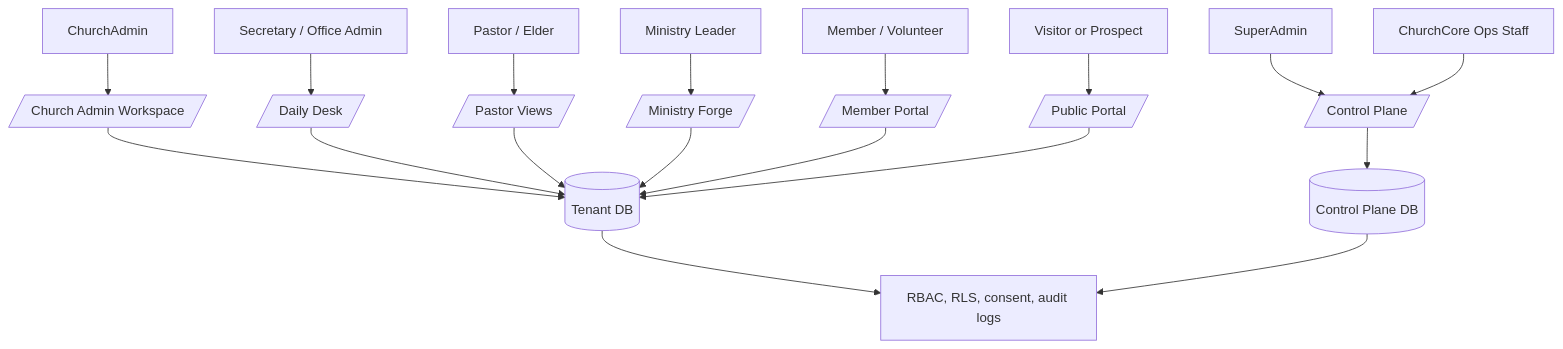
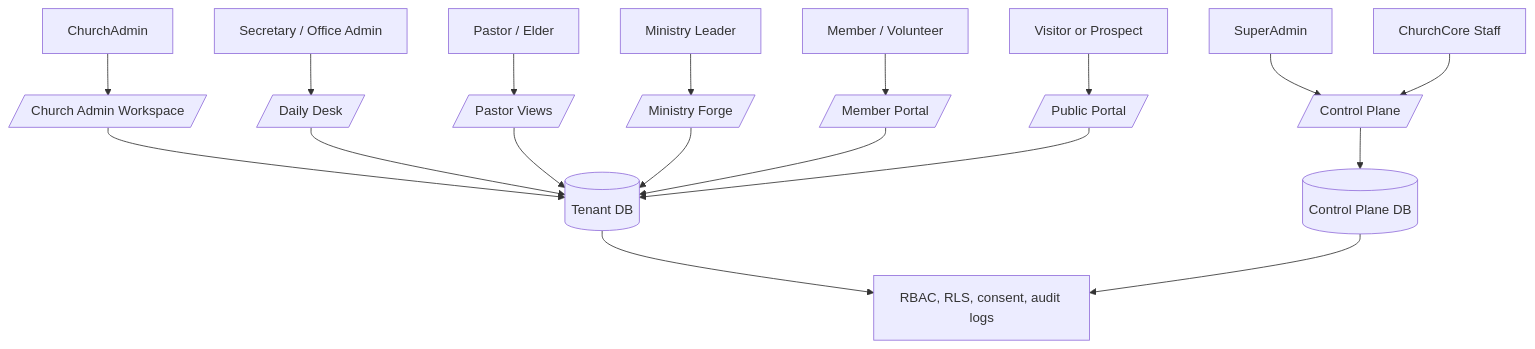
Before and after one commit to ricardojjulia/ChurchCore: the second of 6 diagrams in docs/diagrams.md, drawn with Mermaid. The commit also changed other lines of this file and 98 other files, not shown here.

Commit message:
chore: rename product branding to ChurchCore

````diff
--- a/docs/diagrams.md
+++ b/docs/diagrams.md
@@ -49,23 +49,23 @@
 ```mermaid
 flowchart TB
   super[SuperAdmin] --> control[/Control Plane/]
-  platform[ChurchCore Ops Staff] --> control
+  platform[ChurchCore Staff] --> control
 
   churchAdmin[ChurchAdmin] --> admin[/Church Admin Workspace/]
   secretary[Secretary / Office Admin] --> daily[/Daily Desk/]
   pastor[Pastor / Elder] --> pastorDesk[/Pastor Views/]
   leader[Ministry Leader] --> ministry[/Ministry Forge/]
   member[Member / Volunteer] --> memberPortal[/Member Portal/]
   visitor[Visitor or Prospect] --> publicPortal[/Public Portal/]
 
   control --> controlDb[(Control Plane DB)]
   admin --> tenantDb[(Tenant DB)]
   daily --> tenantDb
   pastorDesk --> tenantDb
   ministry --> tenantDb
   memberPortal --> tenantDb
   publicPortal --> tenantDb
 
   tenantDb --> guardrails[RBAC, RLS, consent, audit logs]
   controlDb --> guardrails
 ```
````
